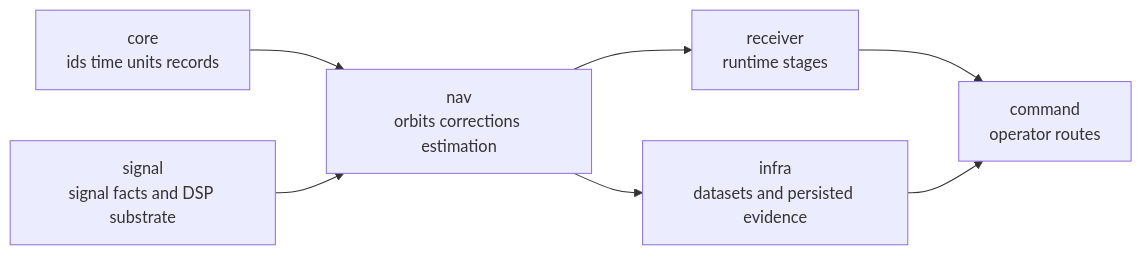
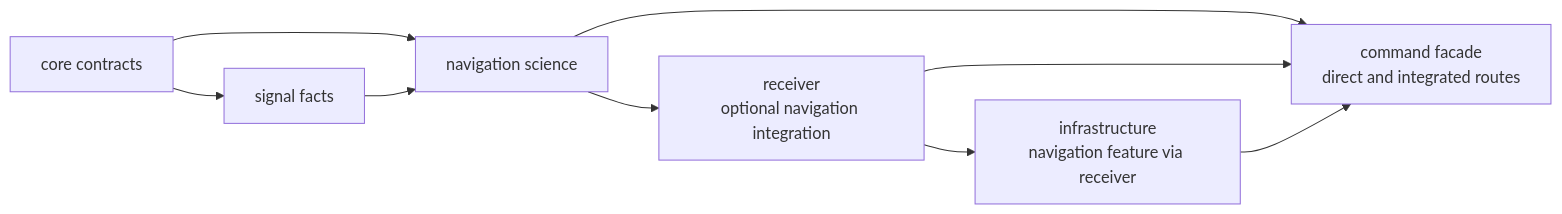
Before and after one commit to bijux/bijux-telecom: the first of 2 diagrams in docs/04-bijux-gnss-nav/foundation/repository-fit.md, drawn with Mermaid. The commit also changed other lines of this file and 1 other file, not shown here.

Commit message:
docs(nav): connect repository ownership to scientific workflows

````diff
--- a/docs/04-bijux-gnss-nav/foundation/repository-fit.md
+++ b/docs/04-bijux-gnss-nav/foundation/repository-fit.md
@@ -19,16 +20,18 @@
 ```mermaid
 flowchart LR
-    core["core<br/>ids time units records"]
-    signal["signal<br/>signal facts and DSP substrate"]
-    nav["nav<br/>orbits corrections estimation"]
-    receiver["receiver<br/>runtime stages"]
-    infra["infra<br/>datasets and persisted evidence"]
-    command["command<br/>operator routes"]
+    core["core contracts"]
+    signal["signal facts"]
+    nav["navigation science"]
+    receiver["receiver<br/>optional navigation integration"]
+    infra["infrastructure<br/>navigation feature via receiver"]
+    command["command facade<br/>direct and integrated routes"]
 
+    core --> signal
     core --> nav
     signal --> nav
     nav --> receiver
-    nav --> infra
+    receiver --> infra
+    nav --> command
     receiver --> command
     infra --> command
 ```
````
